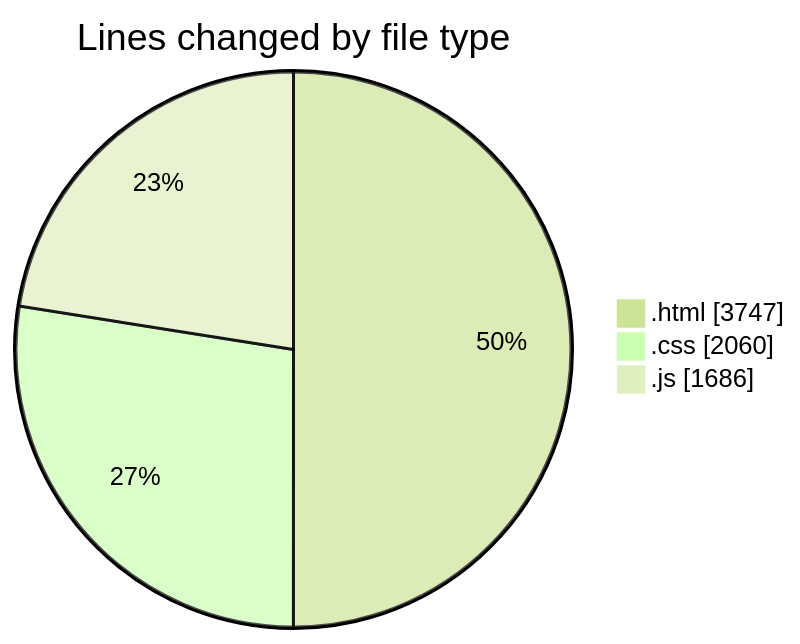
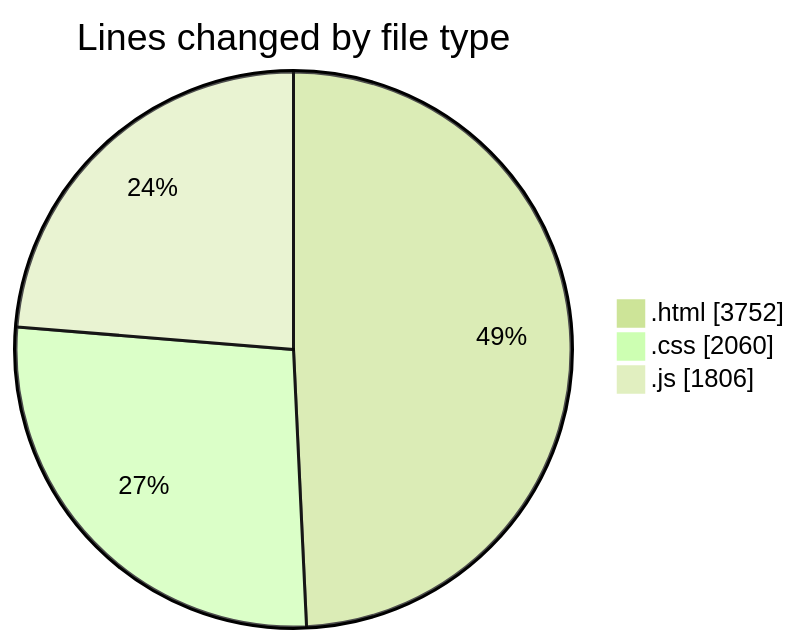
The first of 2 diagrams in 2025-05-24/projects/README.md (Ritupan-Deka/code-tracking), drawn with Mermaid (forest theme) before and after one commit. The commit also changed other lines of this file and 1 other file, not shown here.

````diff
--- a/2025-05-24/projects/README.md
+++ b/2025-05-24/projects/README.md
@@ -24,7 +25,7 @@
 ```mermaid
 pie showData
 title Lines changed by file type
-".html" : 3747
+".html" : 3752
 ".css" : 2060
-".js" : 1686
+".js" : 1806
 ```
````
